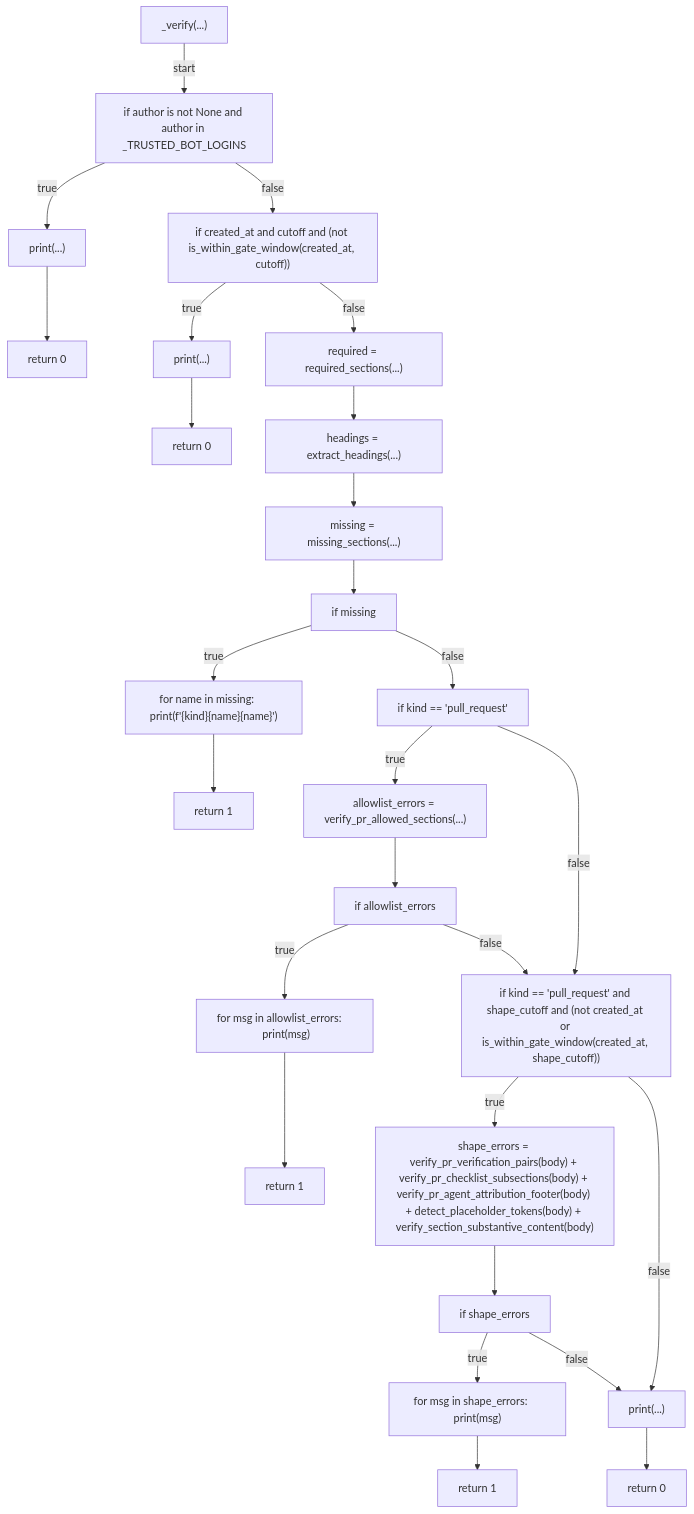
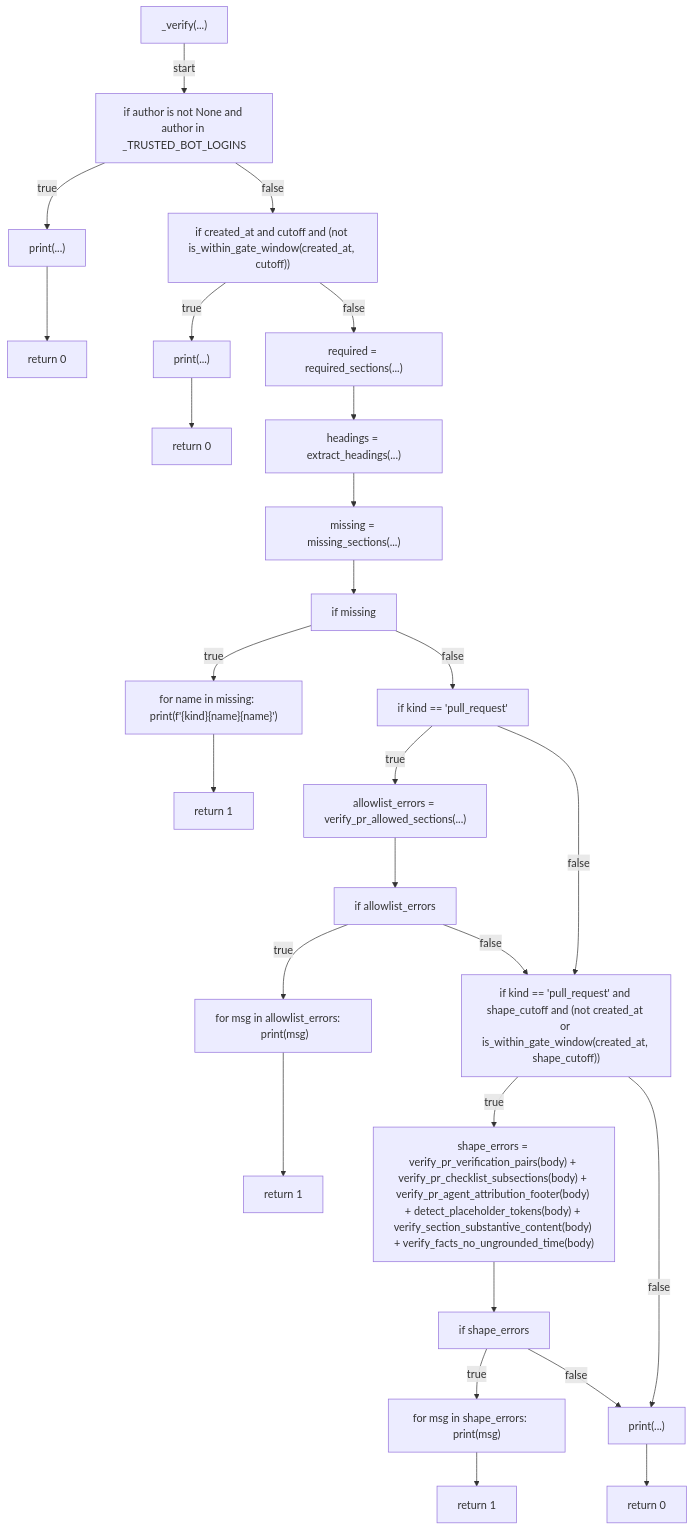
Diagram 21 of 28 in docs/generated/scripts/ast/body_policy.md (tvna/claude-md), drawn with Mermaid before and after one commit. The commit also changed other lines of this file and 2 other files, not shown here.

First line of the commit message:
docs(generated): regenerate decision tree and workflow diagrams

````diff
--- a/docs/generated/scripts/ast/body_policy.md
+++ b/docs/generated/scripts/ast/body_policy.md
@@ -397,54 +416,54 @@
 ```mermaid
 flowchart TD
     N001["_verify(...)"]
     N002["if author is not None and author in _TRUSTED_BOT_LOGINS"]
     N003["print(...)"]
     N004["return 0"]
     N005["if created_at and cutoff and (not is_within_gate_window(created_at, cutoff))"]
     N006["print(...)"]
     N007["return 0"]
     N008["required = required_sections(...)"]
     N009["headings = extract_headings(...)"]
     N010["missing = missing_sections(...)"]
     N011["if missing"]
     N012["for name in missing:     print(f'<str>{kind}<str>{name}<str>{name}<str>')"]
     N013["return 1"]
     N014["if kind == 'pull_request'"]
     N015["allowlist_errors = verify_pr_allowed_sections(...)"]
     N016["if allowlist_errors"]
     N017["for msg in allowlist_errors:     print(msg)"]
     N018["return 1"]
     N019["if kind == 'pull_request' and shape_cutoff and (not created_at or is_within_gate_window(created_at, shape_cutoff))"]
-    N020["shape_errors = verify_pr_verification_pairs(body) + verify_pr_checklist_subsections(body) + verify_pr_agent_attribution_footer(body) + detect_placeholder_tokens(body) + verify_section_substantive_content(body)"]
+    N020["shape_errors = verify_pr_verification_pairs(body) + verify_pr_checklist_subsections(body) + verify_pr_agent_attribution_footer(body) + detect_placeholder_tokens(body) + verify_section_substantive_content(body) + verify_facts_no_ungrounded_time(body)"]
     N021["if shape_errors"]
     N022["for msg in shape_errors:     print(msg)"]
     N023["return 1"]
     N024["print(...)"]
     N025["return 0"]
     N001 -->|"start"| N002
     N002 -->|"true"| N003
     N003 --> N004
     N002 -->|"false"| N005
     N005 -->|"true"| N006
     N006 --> N007
     N005 -->|"false"| N008
     N008 --> N009
     N009 --> N010
     N010 --> N011
     N011 -->|"true"| N012
     N012 --> N013
     N011 -->|"false"| N014
     N014 -->|"true"| N015
     N015 --> N016
     N016 -->|"true"| N017
     N017 --> N018
     N016 -->|"false"| N019
     N014 -->|"false"| N019
     N019 -->|"true"| N020
     N020 --> N021
     N021 -->|"true"| N022
     N022 --> N023
     N021 -->|"false"| N024
     N019 -->|"false"| N024
     N024 --> N025
 ```
````
